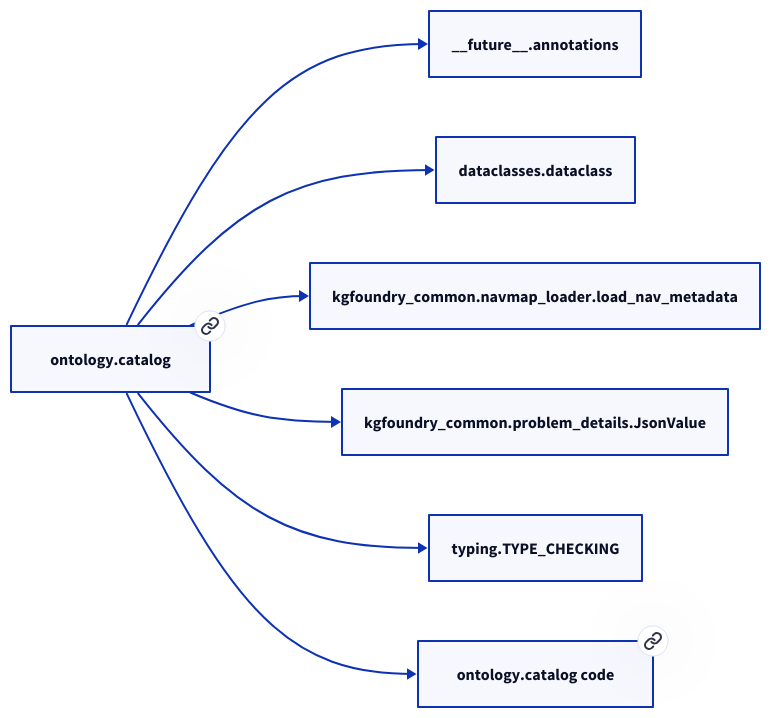
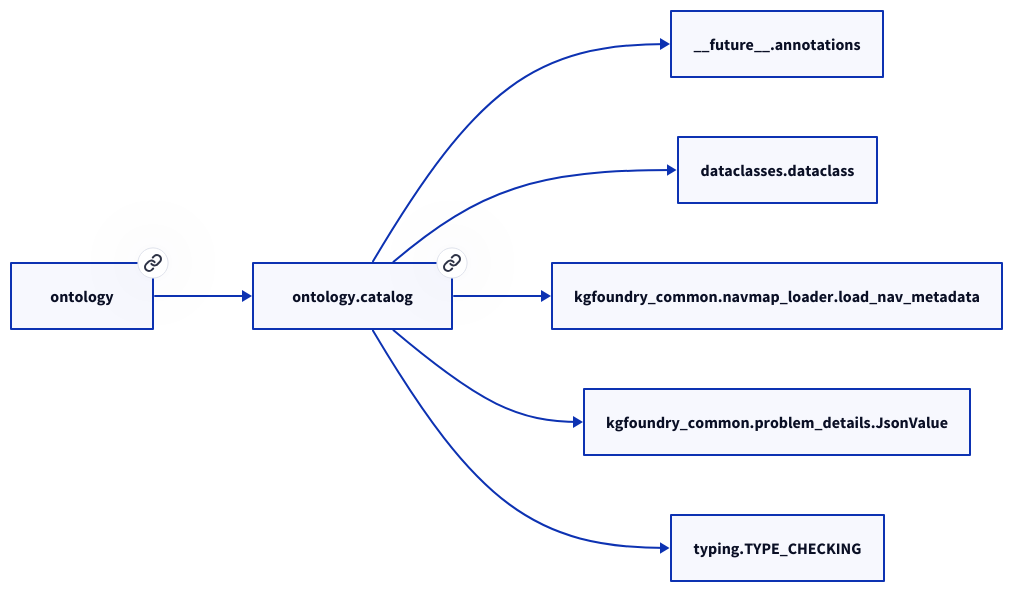
The second of 2 diagrams in docs/modules/ontology/catalog.md (paul-heyse/kgforge), drawn with D2 before and after one commit. The commit also changed other lines of this file and 208 other files, not shown here.

````diff
--- a/docs/modules/ontology/catalog.md
+++ b/docs/modules/ontology/catalog.md
@@ -40,16 +44,16 @@
 ```d2
 direction: right
-"ontology.catalog": "ontology.catalog" { link: "./ontology/catalog.md" }
+"ontology.catalog": "ontology.catalog" { link: "https://github.com/paul-heyse/kgfoundry/blob/main/src/ontology/catalog.py" }
 "__future__.annotations": "__future__.annotations"
 "ontology.catalog" -> "__future__.annotations"
 "dataclasses.dataclass": "dataclasses.dataclass"
 "ontology.catalog" -> "dataclasses.dataclass"
 "kgfoundry_common.navmap_loader.load_nav_metadata": "kgfoundry_common.navmap_loader.load_nav_metadata"
 "ontology.catalog" -> "kgfoundry_common.navmap_loader.load_nav_metadata"
 "kgfoundry_common.problem_details.JsonValue": "kgfoundry_common.problem_details.JsonValue"
 "ontology.catalog" -> "kgfoundry_common.problem_details.JsonValue"
 "typing.TYPE_CHECKING": "typing.TYPE_CHECKING"
 "ontology.catalog" -> "typing.TYPE_CHECKING"
-"ontology.catalog_code": "ontology.catalog code" { link: "https://github.com/kgfoundry/kgfoundry/blob/main/src/ontology/catalog.py" }
-"ontology.catalog" -> "ontology.catalog_code" { style: dashed }
+"ontology": "ontology" { link: "https://github.com/paul-heyse/kgfoundry/blob/main/src/ontology/__init__.py" }
+"ontology" -> "ontology.catalog" { style: dashed }
 ```
````
